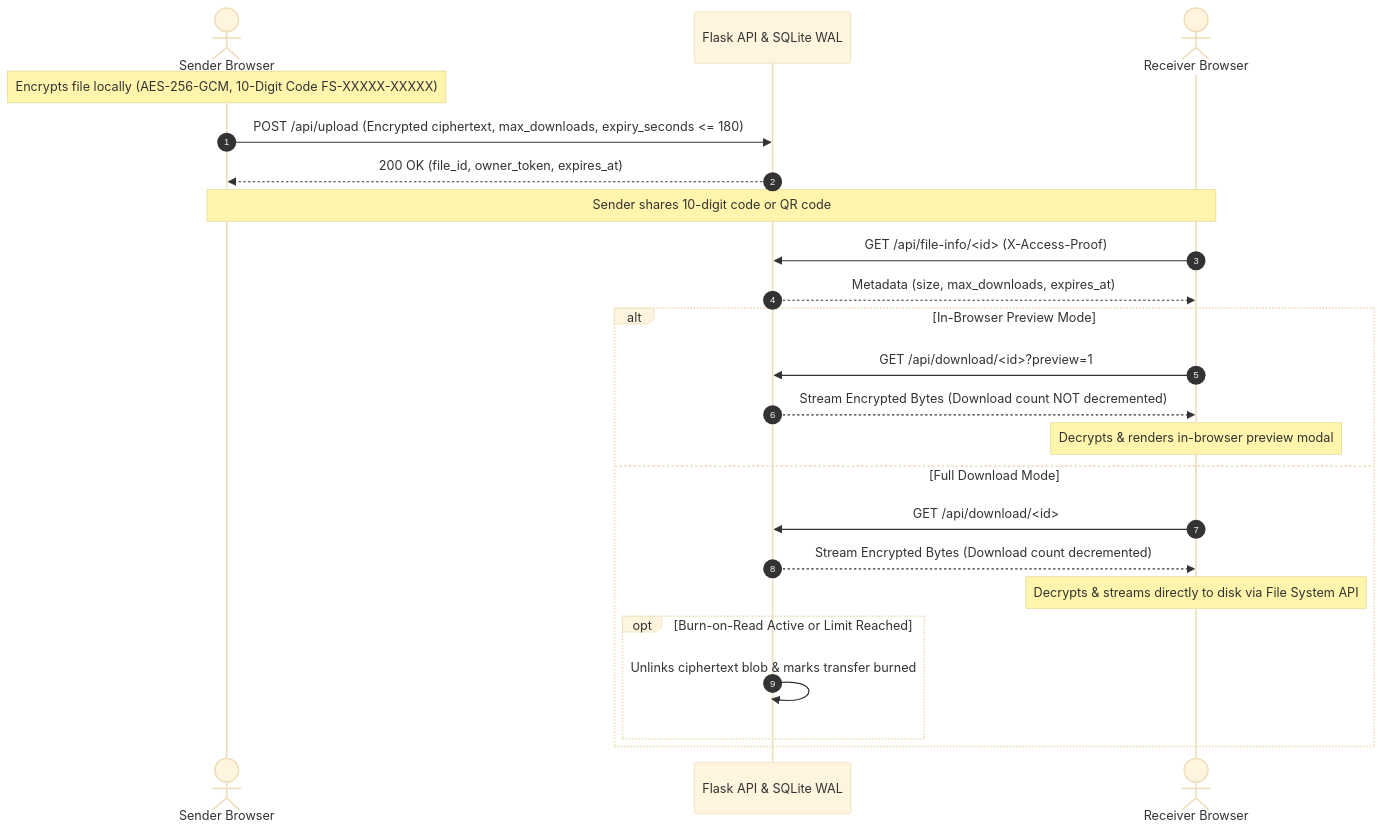
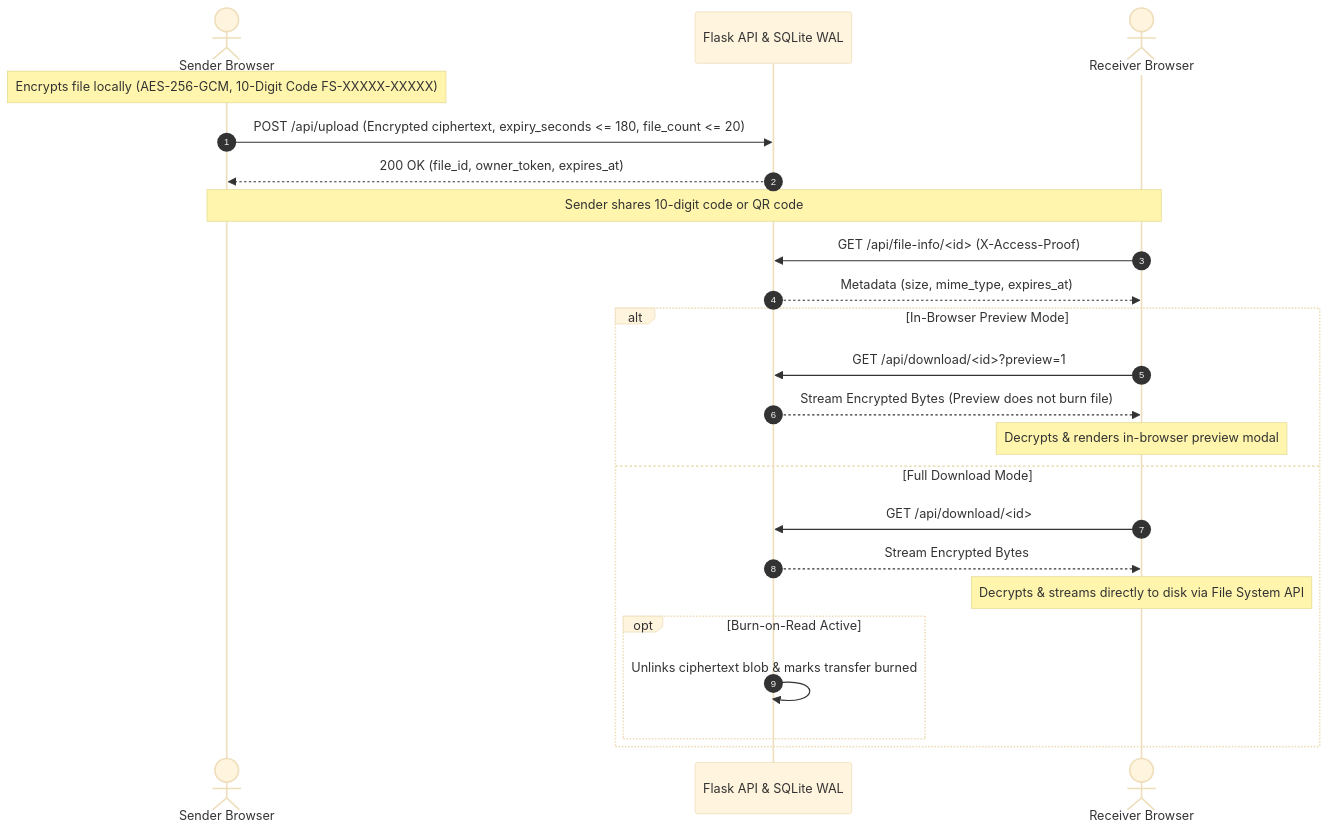
One commit to sujalkathait93-lab/filesender changed the second of 2 diagrams in README.md. Above: the diagram before and after it, drawn with Mermaid (base theme). The commit also changed other lines of this file and 18 other files, not shown here.

Commit message:
Enforce 20-user capacity & 20-file limits, remove download counts from UI, clean settings, and update architecture docs

````diff
--- a/README.md
+++ b/README.md
@@ -103,28 +107,28 @@
 ```mermaid
 sequenceDiagram
     autonumber
     actor Sender as Sender Browser
     participant Backend as Flask API & SQLite WAL
     actor Receiver as Receiver Browser
 
     Note over Sender: Encrypts file locally (AES-256-GCM, 10-Digit Code FS-XXXXX-XXXXX)
-    Sender->>Backend: POST /api/upload (Encrypted ciphertext, max_downloads, expiry_seconds <= 180)
+    Sender->>Backend: POST /api/upload (Encrypted ciphertext, expiry_seconds <= 180, file_count <= 20)
     Backend-->>Sender: 200 OK (file_id, owner_token, expires_at)
 
     Note over Sender,Receiver: Sender shares 10-digit code or QR code
     Receiver->>Backend: GET /api/file-info/<id> (X-Access-Proof)
-    Backend-->>Receiver: Metadata (size, max_downloads, expires_at)
+    Backend-->>Receiver: Metadata (size, mime_type, expires_at)
 
     alt In-Browser Preview Mode
         Receiver->>Backend: GET /api/download/<id>?preview=1
-        Backend-->>Receiver: Stream Encrypted Bytes (Download count NOT decremented)
+        Backend-->>Receiver: Stream Encrypted Bytes (Preview does not burn file)
         Note over Receiver: Decrypts & renders in-browser preview modal
     else Full Download Mode
         Receiver->>Backend: GET /api/download/<id>
-        Backend-->>Receiver: Stream Encrypted Bytes (Download count decremented)
+        Backend-->>Receiver: Stream Encrypted Bytes
         Note over Receiver: Decrypts & streams directly to disk via File System API
-        opt Burn-on-Read Active or Limit Reached
+        opt Burn-on-Read Active
             Backend->>Backend: Unlinks ciphertext blob & marks transfer burned
         end
     end
 ```
````
